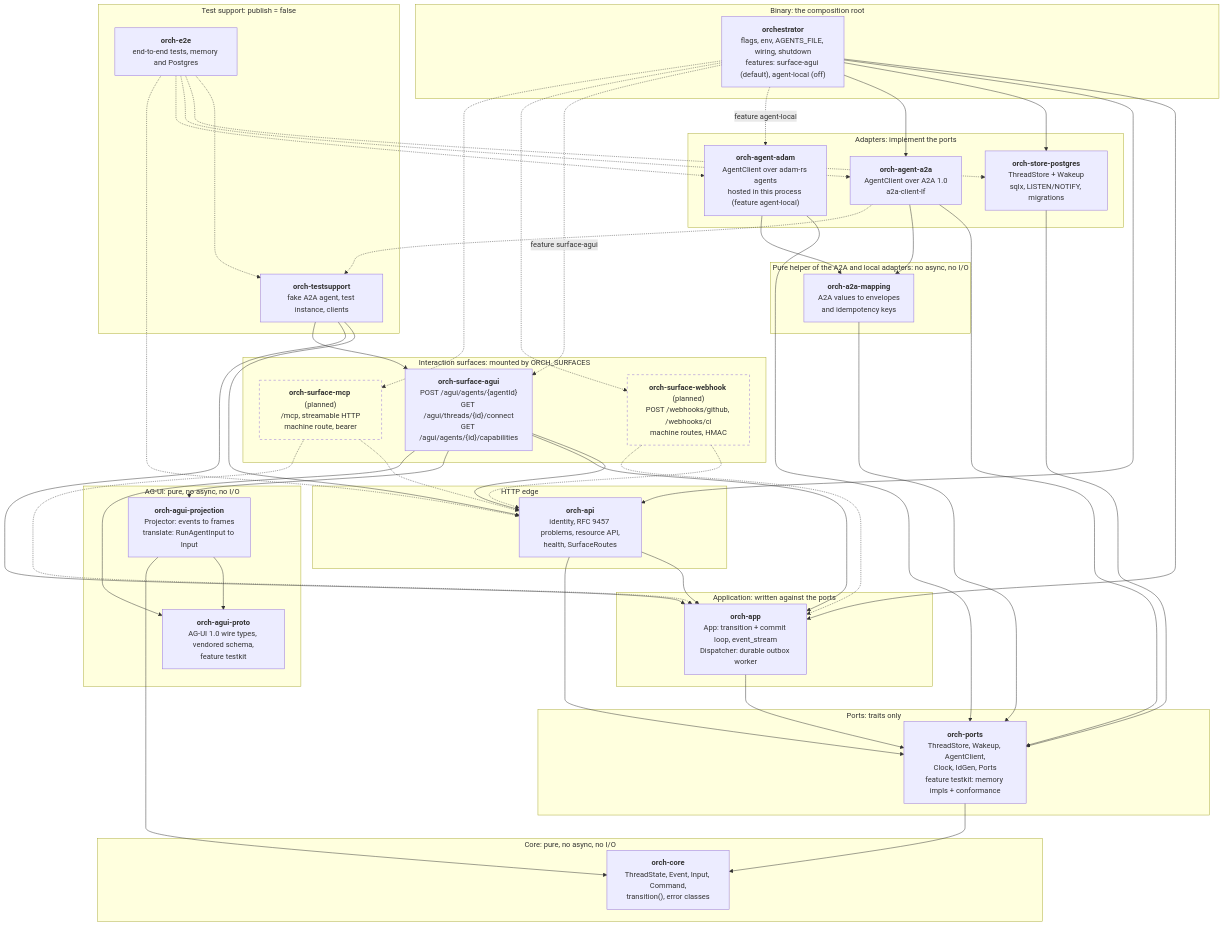
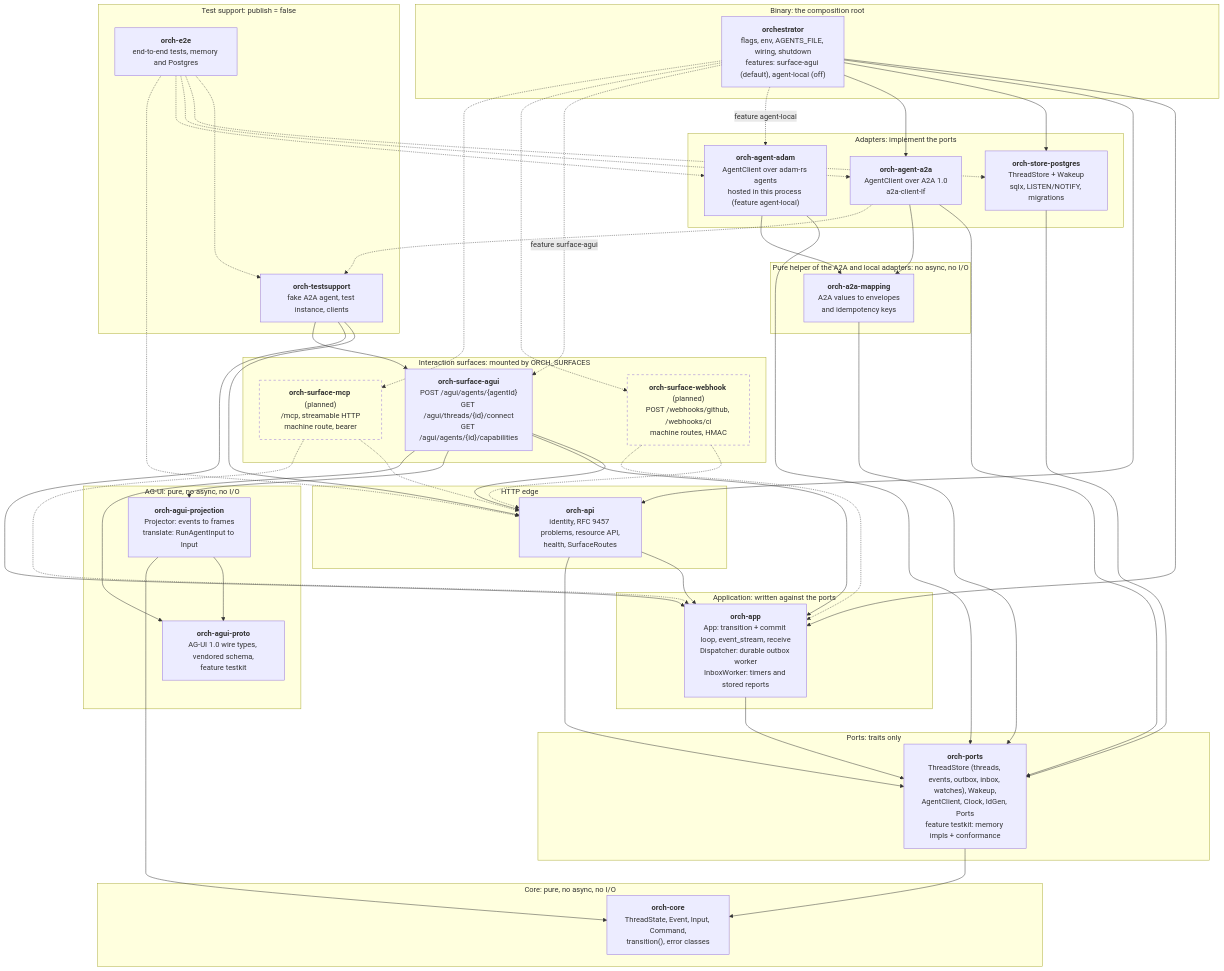
One commit to vymalo/another-agentic-system changed the first of 19 diagrams in docs/orchestrator.md. Above: the diagram before and after it, drawn with Mermaid. The commit also changed other lines of this file and 41 other files, not shown here.

First line of the commit message:
feat(orchestrator): inbox, watches and timers (#53)

````diff
--- a/docs/orchestrator.md
+++ b/docs/orchestrator.md
@@ -75,79 +75,79 @@
 ```mermaid
 flowchart TB
   subgraph G_CORE["Core: pure, no async, no I/O"]
     core["<b>orch-core</b><br/>ThreadState, Event, Input, Command,<br/>transition(), error classes"]
   end
   subgraph G_PORTS["Ports: traits only"]
-    ports["<b>orch-ports</b><br/>ThreadStore, Wakeup, AgentClient,<br/>Clock, IdGen, Ports<br/>feature testkit: memory impls + conformance"]
+    ports["<b>orch-ports</b><br/>ThreadStore (threads, events, outbox, inbox, watches), Wakeup,<br/>AgentClient, Clock, IdGen, Ports<br/>feature testkit: memory impls + conformance"]
   end
   subgraph G_ADAPT["Adapters: implement the ports"]
     pg["<b>orch-store-postgres</b><br/>ThreadStore + Wakeup<br/>sqlx, LISTEN/NOTIFY, migrations"]
     a2a["<b>orch-agent-a2a</b><br/>AgentClient over A2A 1.0<br/>a2a-client-lf"]
     adam["<b>orch-agent-adam</b><br/>AgentClient over adam-rs agents<br/>hosted in this process (feature agent-local)"]
   end
   subgraph G_MAP["Pure helper of the A2A and local adapters: no async, no I/O"]
     a2amap["<b>orch-a2a-mapping</b><br/>A2A values to envelopes<br/>and idempotency keys"]
   end
   subgraph G_APP["Application: written against the ports"]
-    app["<b>orch-app</b><br/>App: transition + commit loop, event_stream<br/>Dispatcher: durable outbox worker"]
+    app["<b>orch-app</b><br/>App: transition + commit loop, event_stream, receive<br/>Dispatcher: durable outbox worker<br/>InboxWorker: timers and stored reports"]
   end
   subgraph G_EDGE["HTTP edge"]
     api["<b>orch-api</b><br/>identity, RFC 9457 problems, resource API,<br/>health, SurfaceRoutes"]
   end
   subgraph G_SURF["Interaction surfaces: mounted by ORCH_SURFACES"]
     surfagui["<b>orch-surface-agui</b><br/>POST /agui/agents/{agentId}<br/>GET /agui/threads/{id}/connect<br/>GET /agui/agents/{id}/capabilities"]
     surfwh["<b>orch-surface-webhook</b> (planned)<br/>POST /webhooks/github, /webhooks/ci<br/>machine routes, HMAC"]:::planned
     surfmcp["<b>orch-surface-mcp</b> (planned)<br/>/mcp, streamable HTTP<br/>machine route, bearer"]:::planned
   end
   subgraph G_AGUI["AG-UI: pure, no async, no I/O"]
     proto["<b>orch-agui-proto</b><br/>AG-UI 1.0 wire types, vendored schema,<br/>feature testkit"]
     proj["<b>orch-agui-projection</b><br/>Projector: events to frames<br/>translate: RunAgentInput to Input"]
   end
   subgraph G_BIN["Binary: the composition root"]
     bin["<b>orchestrator</b><br/>flags, env, AGENTS_FILE, wiring, shutdown<br/>features: surface-agui (default), agent-local (off)"]
   end
   subgraph G_TEST["Test support: publish = false"]
     ts["<b>orch-testsupport</b><br/>fake A2A agent, test instance, clients"]
     e2e["<b>orch-e2e</b><br/>end-to-end tests, memory and Postgres"]
   end
 
   ports --> core
   pg --> ports
   a2a --> ports
   a2a --> a2amap
   adam --> ports
   adam --> a2amap
   a2amap --> ports
   app --> ports
   api --> app
   api --> ports
   proj --> proto
   proj --> core
   bin --> app
   bin --> api
   bin --> pg
   bin --> a2a
   bin -. "feature agent-local" .-> adam
   bin -. "feature surface-agui" .-> surfagui
   surfagui --> api
   surfagui --> app
   surfagui --> proj
   surfagui --> proto
   surfwh -.-> api
   surfwh -.-> app
   surfmcp -.-> api
   surfmcp -.-> app
   bin -.-> surfwh
   bin -.-> surfmcp
   ts --> api
   ts --> app
   ts --> surfagui
   e2e -.-> ts
   e2e -.-> pg
   e2e -.-> a2a
   e2e -.-> adam
   e2e -.-> api
   a2a -.-> ts
 
   classDef planned stroke-dasharray: 5 5,fill:none
 ```
````
